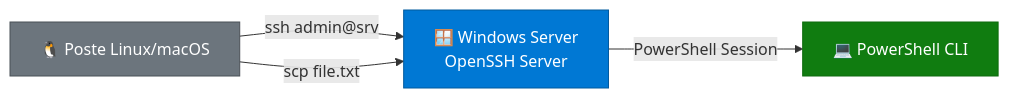
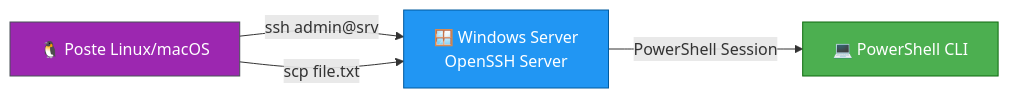
The fourth of 4 diagrams in docs/formations/windows-server/01-module.md (VBlackJack/ShellBook), drawn with Mermaid before and after one commit. The commit also changed other lines of this file and 337 other files, not shown here.

First line of the commit message:
refactor(docs): Standardize code blocks and Mermaid colors

````diff
--- a/docs/formations/windows-server/01-module.md
+++ b/docs/formations/windows-server/01-module.md
@@ -646,10 +646,10 @@
 ```mermaid
 flowchart LR
     A[🐧 Poste Linux/macOS] -->|ssh admin@srv| B[🪟 Windows Server<br/>OpenSSH Server]
     B -->|PowerShell Session| C[💻 PowerShell CLI]
     A -->|scp file.txt| B
 
-    style A fill:#6c757d,stroke:#495057,color:#fff
-    style B fill:#0078d4,stroke:#005a9e,color:#fff
-    style C fill:#107c10,stroke:#0e6b0e,color:#fff
+    style A fill:#9C27B0,stroke:#495057,color:#fff
+    style B fill:#2196F3,stroke:#005a9e,color:#fff
+    style C fill:#4CAF50,stroke:#0e6b0e,color:#fff
 ```
````
